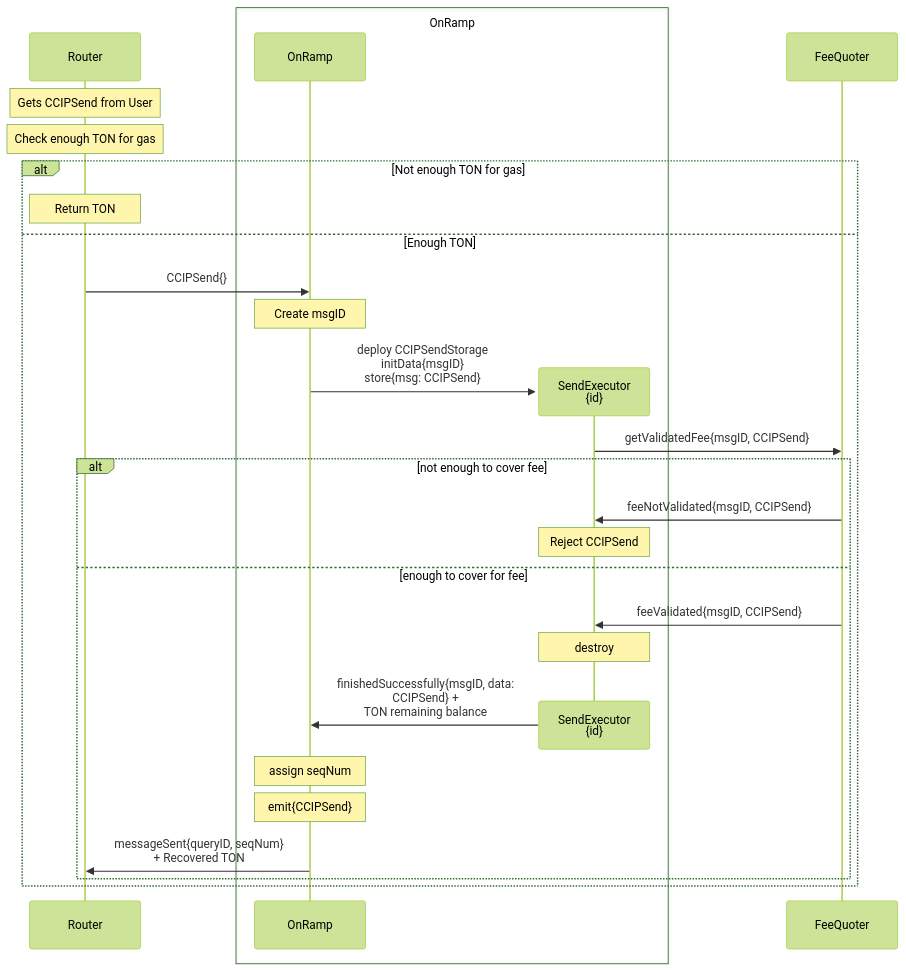
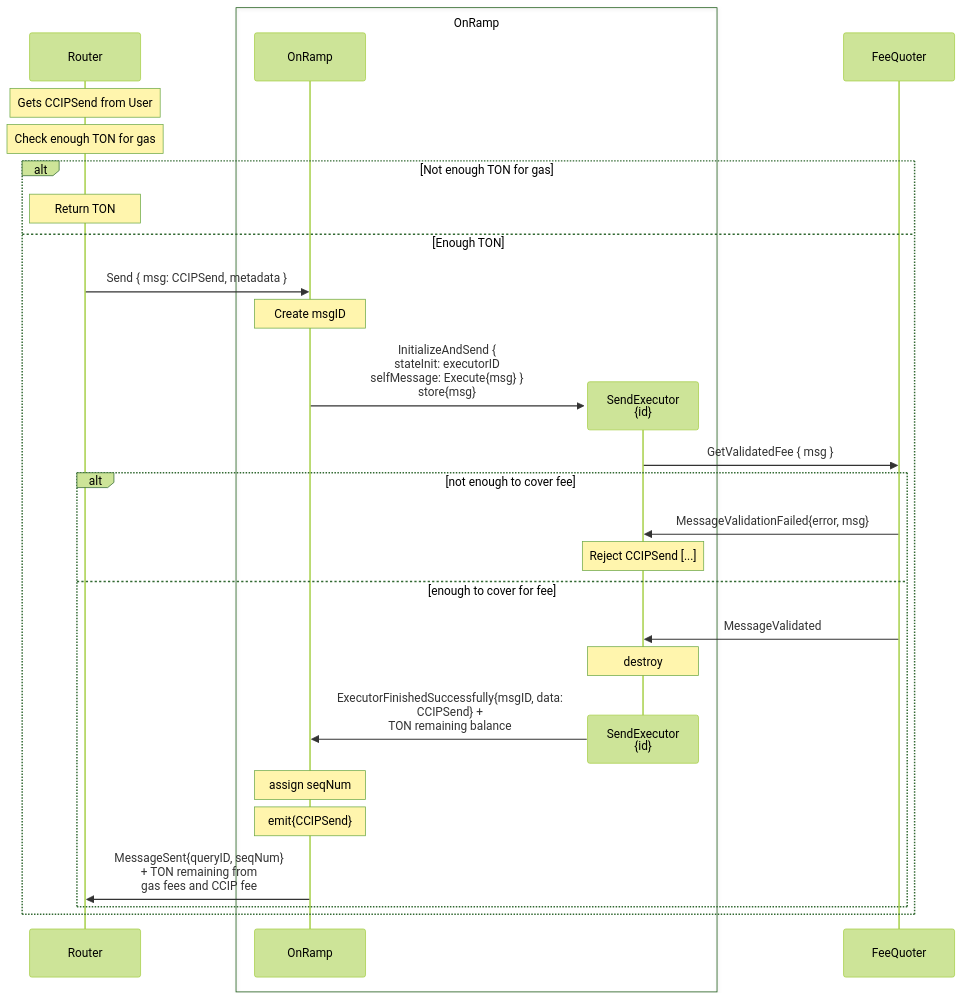
One commit to smartcontractkit/chainlink-ton changed the second of 3 diagrams in docs/contracts/ccip/onramp/arbitrary-msg.md. Above: the diagram before and after it, drawn with Mermaid (forest theme). The commit also changed other lines of this file and 5 other files, not shown here.

Commit message:
feat: revisit flow diagrams

````diff
--- a/docs/contracts/ccip/onramp/arbitrary-msg.md
+++ b/docs/contracts/ccip/onramp/arbitrary-msg.md
@@ -12,41 +30,41 @@
 ```mermaid
 sequenceDiagram
     participant R as Router
 
     Note over R: Gets CCIPSend from User
     Note over R: Check enough TON for gas 
     alt Not enough TON for gas
     Note over R: Return TON
     else Enough TON
 
-    R ->> OR: CCIPSend{}
+    R ->> OR: Send { msg: CCIPSend, metadata }
     
     Note over OR: Create msgID
     create participant ORM
-    OR ->> ORM: deploy CCIPSendStorage <br>initData{msgID}<br>store{msg: CCIPSend}
+    OR ->> ORM: InitializeAndSend { <br/>stateInit: executorID <br/> selfMessage: Execute{msg} }<br>store{msg}
 
     box OnRamp
     participant OR as OnRamp
     participant ORM as SendExecutor<br>{id}
     end
 
     participant FQ as FeeQuoter
 
-    ORM ->> FQ: getValidatedFee{msgID, CCIPSend}
+    ORM ->> FQ: GetValidatedFee { msg }
 
 
     alt not enough to cover fee
-    FQ ->> ORM: feeNotValidated{msgID, CCIPSend}
-    Note over ORM: Reject CCIPSend
+    FQ ->> ORM: MessageValidationFailed{error, msg}
+    Note over ORM: Reject CCIPSend [...]
 
     else enough to cover for fee
-    FQ ->> ORM: feeValidated{msgID, CCIPSend}
+    FQ ->> ORM: MessageValidated
     Note over ORM: destroy
     destroy ORM
-    ORM ->> OR: finishedSuccessfully{msgID, data:<br>CCIPSend} +<br>TON remaining balance
+    ORM ->> OR: ExecutorFinishedSuccessfully{msgID, data:<br>CCIPSend} +<br>TON remaining balance
     note over OR: assign seqNum
     note over OR: emit{CCIPSend}
-    OR ->> R: messageSent{queryID, seqNum}<br>+ Recovered TON
+    OR ->> R: MessageSent{queryID, seqNum}<br>+ TON remaining from <br/> gas fees and CCIP fee
     end
     end
 ```
````
